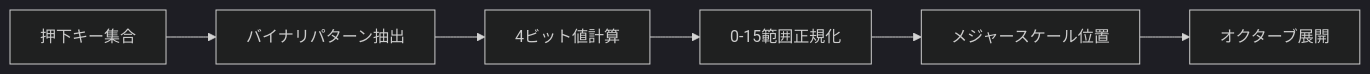
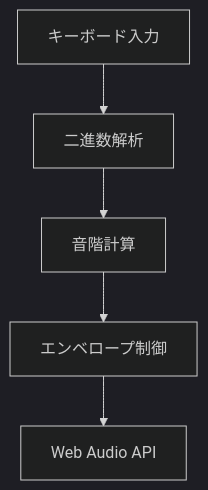
One commit to cou723/digital_finger_instruments changed the first of 2 diagrams in AUDIO_FLOW_DOCUMENTATION.md. Above: the diagram before and after it, drawn with Mermaid (dark theme). The commit also changed other lines of this file and 5 other files, not shown here.

````diff
--- a/AUDIO_FLOW_DOCUMENTATION.md
+++ b/AUDIO_FLOW_DOCUMENTATION.md
@@ -91,8 +7,7 @@
 ```mermaid
-graph LR
-    A[押下キー集合] --> B[バイナリパターン抽出]
-    B --> C[4ビット値計算]
-    C --> D[0-15範囲正規化]
-    D --> E[メジャースケール位置]
-    E --> F[オクターブ展開]
+graph TB
+    A[キーボード入力] --> B[二進数解析]
+    B --> C[音階計算]
+    C --> D[エンベロープ制御]
+    D --> E[Web Audio API]
 ```
````
